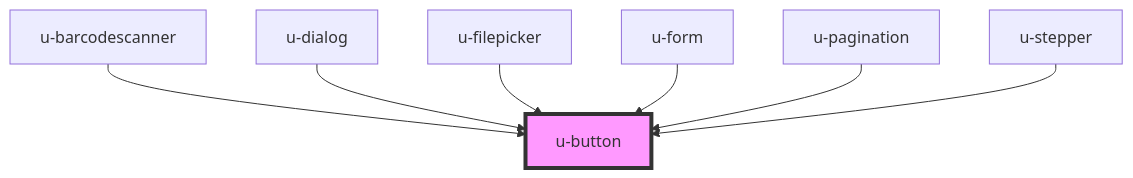
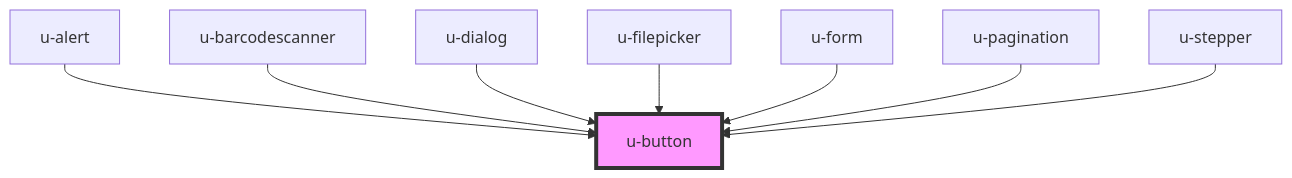
Before and after one commit to theUrbans/uniform: the diagram in src/components/u-button/readme.md, drawn with Mermaid. The commit also changed other lines of this file and 14 other files, not shown here.

````diff
--- a/src/components/u-button/readme.md
+++ b/src/components/u-button/readme.md
@@ -40,10 +41,11 @@
 ```mermaid
 graph TD;
+  u-alert --> u-button
   u-barcodescanner --> u-button
   u-dialog --> u-button
   u-filepicker --> u-button
   u-form --> u-button
   u-pagination --> u-button
   u-stepper --> u-button
   style u-button fill:#f9f,stroke:#333,stroke-width:4px
 ```
````
